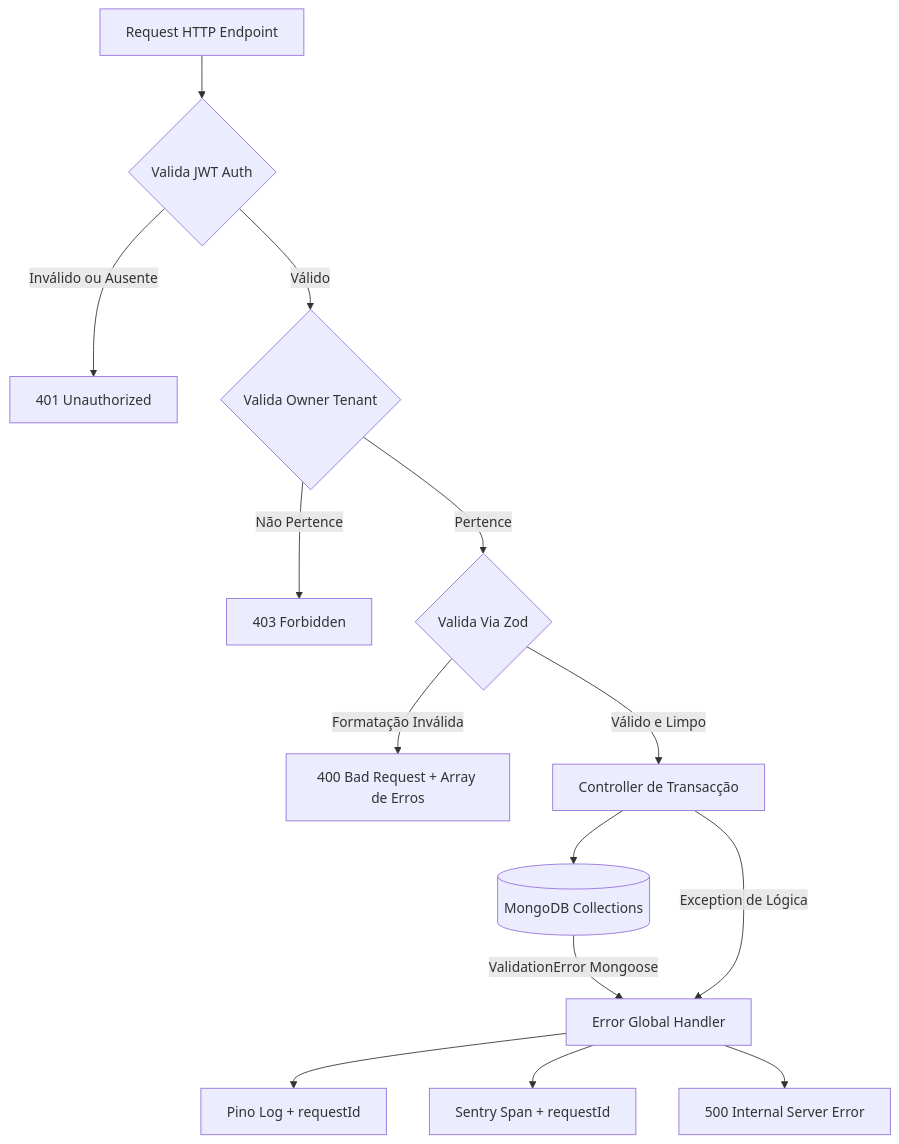
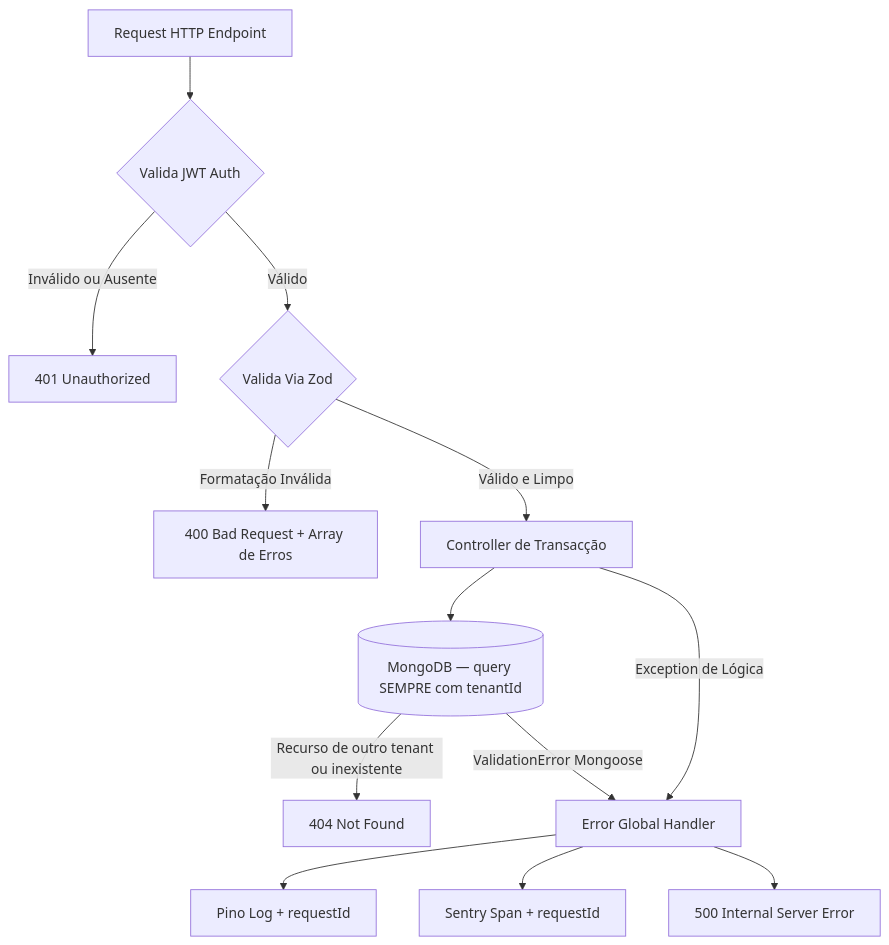
One commit to andredosreis/laura-saas-agenda changed the second of 4 diagrams in docs/Docs Arqueturais/diagramas-rotas-api.md. Above: the diagram before and after it, drawn with Mermaid. The commit also changed other lines of this file and 10 other files, not shown here.

````diff
--- a/docs/Docs Arqueturais/diagramas-rotas-api.md
+++ b/docs/Docs Arqueturais/diagramas-rotas-api.md
@@ -86,22 +86,21 @@
 ```mermaid
 flowchart TD
     Req[Request HTTP Endpoint] --> A{Valida JWT Auth}
 
     A -->|Inválido ou Ausente| E401[401 Unauthorized]
-    A -->|Válido| T{Valida Owner Tenant}
-
-    T -->|Não Pertence| E403[403 Forbidden]
-    T -->|Pertence| Z{Valida Via Zod}
+    A -->|Válido| Z{Valida Via Zod}
 
     Z -->|Formatação Inválida| E400[400 Bad Request + Array de Erros]
     Z -->|Válido e Limpo| C[Controller de Transacção]
 
-    C --> DB[(MongoDB Collections)]
+    C --> DB[(MongoDB — query SEMPRE com tenantId)]
+
+    DB -->|Recurso de outro tenant ou inexistente| E404[404 Not Found]
 
     DB -->|ValidationError Mongoose| EG[Error Global Handler]
     C -->|Exception de Lógica| EG
 
     EG --> Log[Pino Log + requestId]
     EG --> Sentry[Sentry Span + requestId]
     EG --> E500[500 Internal Server Error]
 ```
````
